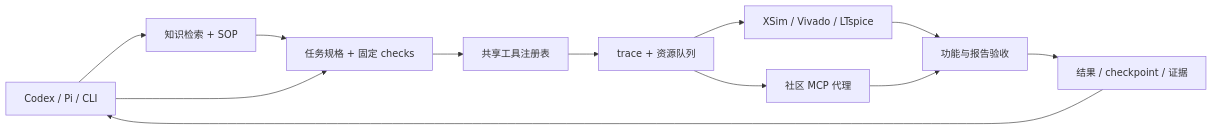
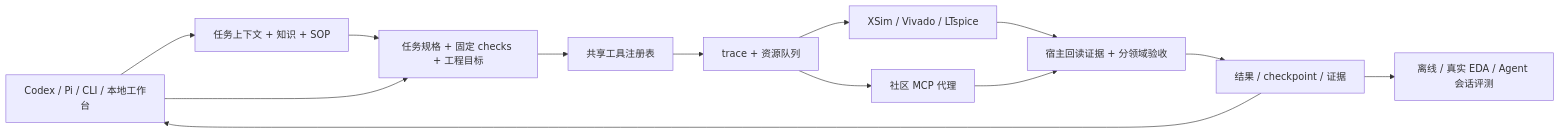
One commit to Sanssssssssssssssss/native-eda-agent changed the diagram in README.md. Above: the diagram before and after it, drawn with Mermaid. The commit also changed other lines of this file and 74 other files, not shown here.

````diff
--- a/README.md
+++ b/README.md
@@ -34,14 +35,15 @@
 ```mermaid
 flowchart LR
-  A[Codex / Pi / CLI] --> K[知识检索 + SOP]
-  K --> W[任务规格 + 固定 checks]
+  A[Codex / Pi / CLI / 本地工作台] --> K[任务上下文 + 知识 + SOP]
+  K --> W[任务规格 + 固定 checks + 工程目标]
   A --> W
   W --> R[共享工具注册表]
   R --> Q[trace + 资源队列]
   Q --> E[XSim / Vivado / LTspice]
   Q --> M[社区 MCP 代理]
-  E --> V[功能与报告验收]
+  E --> V[宿主回读证据 + 分领域验收]
   M --> V
   V --> T[结果 / checkpoint / 证据]
   T --> A
+  T --> B[离线 / 真实 EDA / Agent 会话评测]
 ```
````
